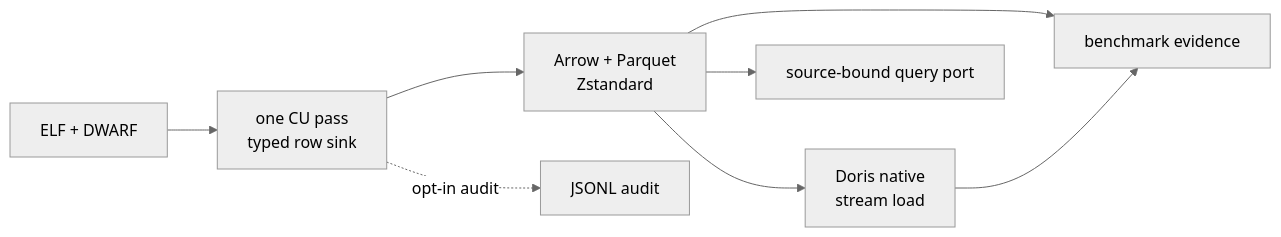
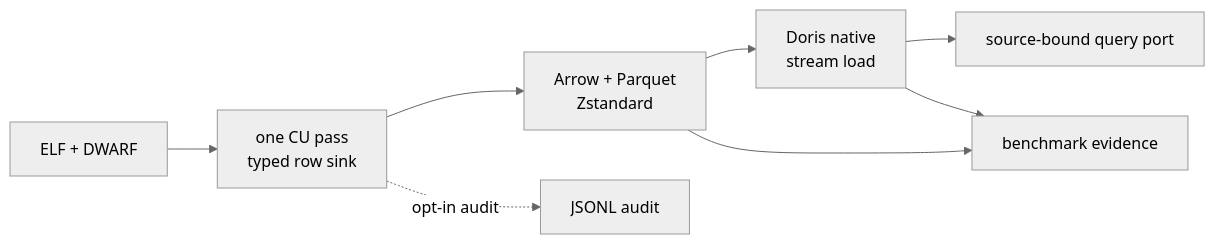
One commit to ddon-research/ddon-dwarf-reconstructor changed the diagram in docs/reference/analytical-dwarf-store.md. Above: the diagram before and after it, drawn with Mermaid (neutral theme). The commit also changed other lines of this file and 25 other files, not shown here.

````diff
--- a/docs/reference/analytical-dwarf-store.md
+++ b/docs/reference/analytical-dwarf-store.md
@@ -56,10 +56,10 @@
 ```mermaid
 flowchart LR
     ELF["ELF + DWARF"] --> ROWS["one CU pass\ntyped row sink"]
     ROWS --> PARQUET["Arrow + Parquet\nZstandard"]
     ROWS -. opt-in audit .-> JSONL["JSONL audit"]
     PARQUET --> DORIS["Doris native\nstream load"]
-    PARQUET --> RUNTIME["source-bound query port"]
+    DORIS --> RUNTIME["source-bound query port"]
     PARQUET --> BENCH["benchmark evidence"]
     DORIS --> BENCH
 ```
````
